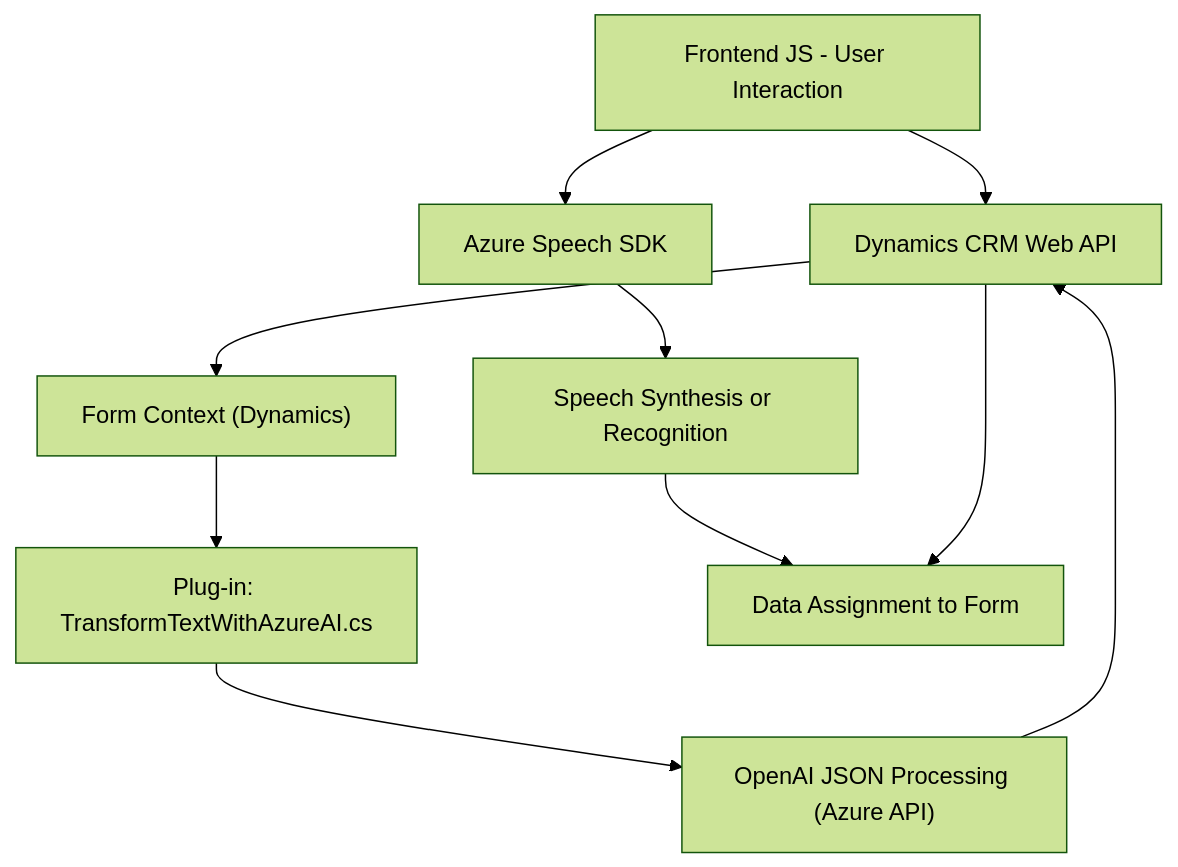
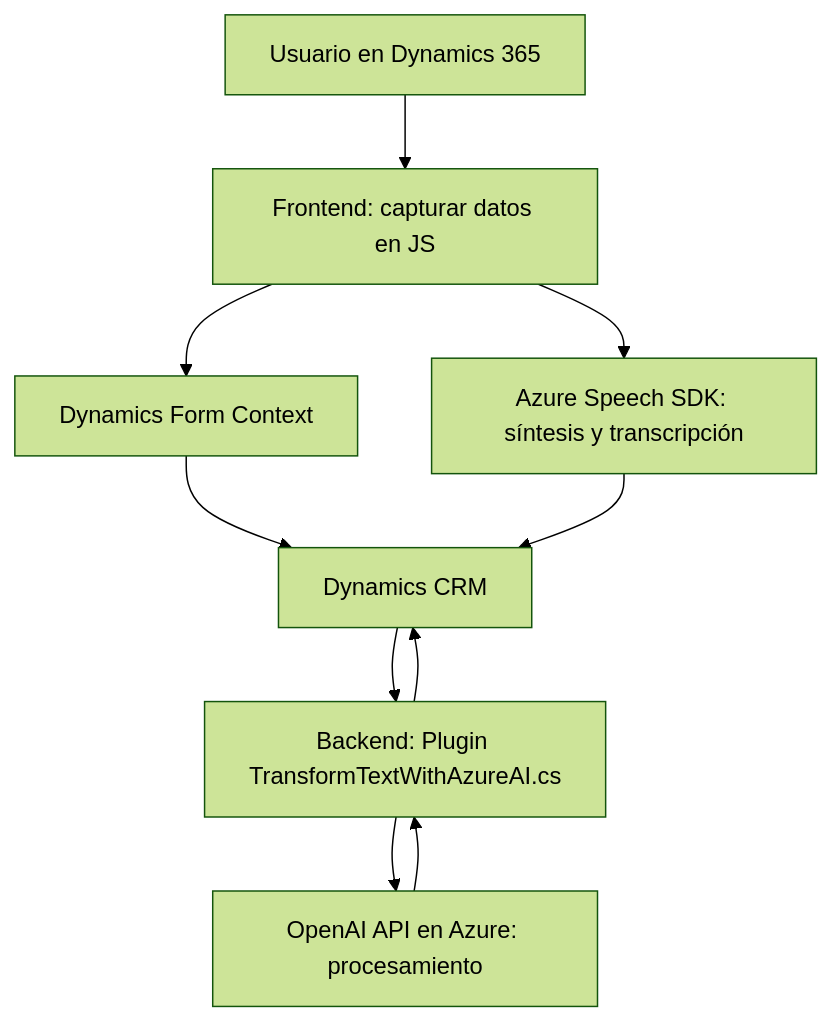
One commit to blopezdm/NETCORE_BILBAO2025 changed the diagram in README.md. Above: the diagram before and after it, drawn with Mermaid (forest theme). The commit also changed other lines of this file, not shown here.

````diff
--- a/README.md
+++ b/README.md
@@ -31,12 +53,20 @@
-```mermaid  
-graph TD  
-    A["Frontend JS - User Interaction"] --> B["Azure Speech SDK"]  
-    A --> C["Dynamics CRM Web API"]  
-    B --> D["Speech Synthesis or Recognition"]  
-    C --> E["Form Context (Dynamics)"]  
-    E --> F["Plug-in: TransformTextWithAzureAI.cs"]  
-    F --> G["OpenAI JSON Processing (Azure API)"]  
-    D --> H["Speech Output"]  
-    C --> H["Data Assignment to Form"]  
-    G --> C  
-```  
+```mermaid
+graph TD
+    A["Usuario en Dynamics 365"]
+    B["Frontend: capturar datos en JS"]
+    C["Azure Speech SDK: síntesis y transcripción"]
+    D["Dynamics Form Context"]
+    E["Backend: Plugin TransformTextWithAzureAI.cs"]
+    F["OpenAI API en Azure: procesamiento"]
+    G["Dynamics CRM"]
+
+    A --> B
+    B --> C
+    B --> D
+    D --> G
+    C --> G
+    G --> E
+    E --> F
+    F --> E
+    E --> G
+```
````
